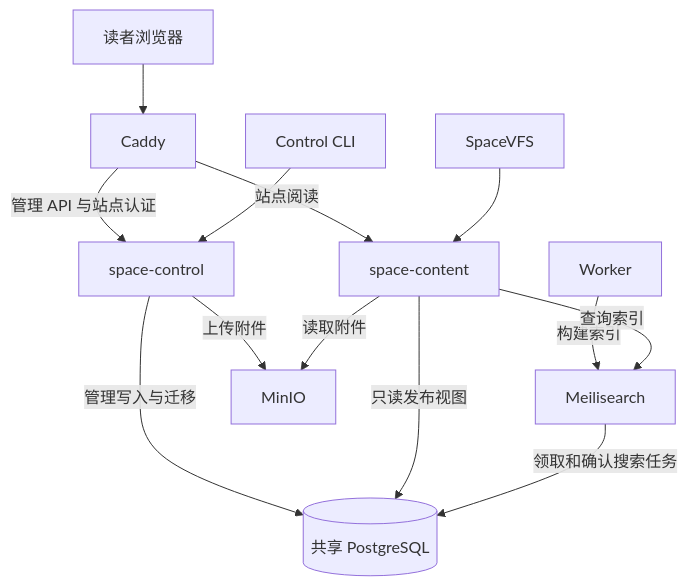
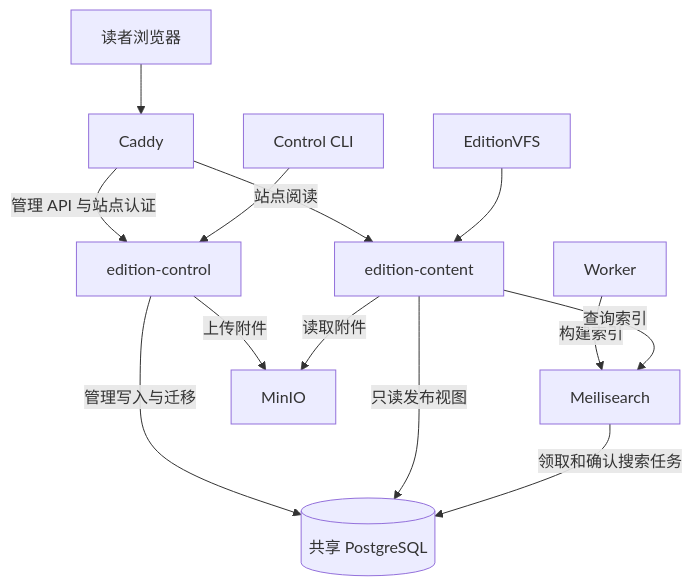
Before and after one commit to concept-git/edition: the fifth of 6 diagrams in README.md, drawn with Mermaid. The commit also changed other lines of this file and 3017 other files, not shown here.

Commit message:
Migrate Space packages to Edition and reorganize acceptance coverage

````diff
--- a/README.md
+++ b/README.md
@@ -264,16 +258,16 @@
 ```mermaid
 flowchart TB
   Browser["读者浏览器"] --> Ingress["Caddy"]
-  Ingress -->|管理 API 与站点认证| Control["space-control"]
-  Ingress -->|站点阅读| Reader["space-content"]
+  Ingress -->|管理 API 与站点认证| Control["edition-control"]
+  Ingress -->|站点阅读| Reader["edition-content"]
   Maintainer["Control CLI"] --> Control
-  Consumer["SpaceVFS"] --> Reader
+  Consumer["EditionVFS"] --> Reader
 
   Control -->|管理写入与迁移| DB[("共享 PostgreSQL")]
   Reader -->|只读发布视图| DB
-  Index["space-index"] -->|领取和确认搜索任务| DB
+  Index["edition-index"] -->|领取和确认搜索任务| DB
   Control -->|上传附件| Objects["MinIO"]
   Reader -->|读取附件| Objects
   Worker -->|构建索引| Index["Meilisearch"]
   Reader -->|查询索引| Index
 ```
````
